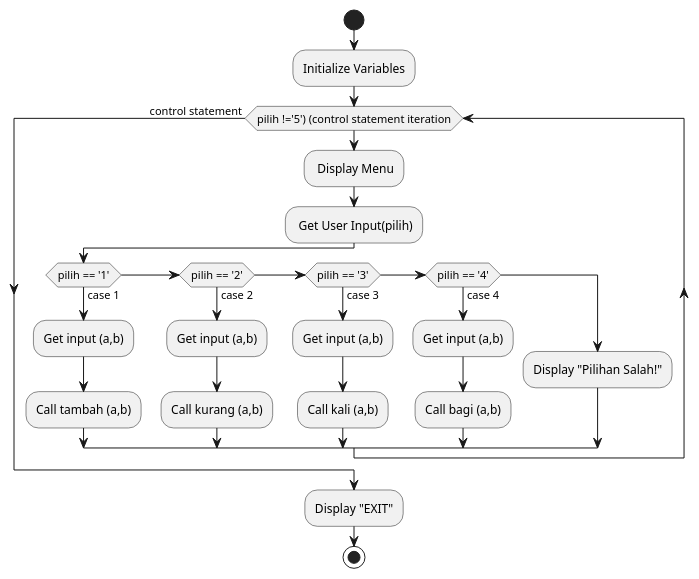
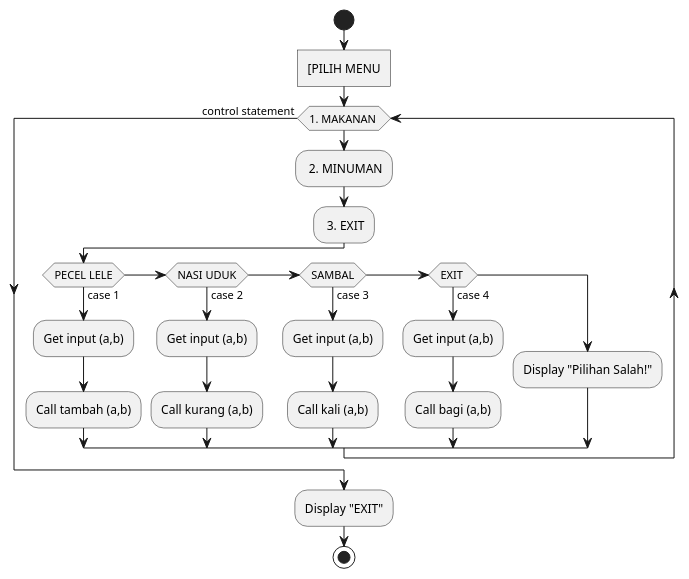
Before and after one commit to andinilarasati/bhs_pemrograman: the diagram in pert5/pert5.puml, drawn with PlantUML. The commit also changed 7 other files, not shown here.

```diff
--- a/pert5/pert5.puml
+++ b/pert5/pert5.puml
@@ -1,26 +1,26 @@
 @startuml pert5
 start
-:Initialize Variables;
-while (pilih !='5') (control statement iteration)
-    : Display Menu;
-    : Get User Input(pilih);
-    if (pilih == '1') then (case 1)
+:[PILIH MENU]
+while (1. MAKANAN )
+    : 2. MINUMAN;
+    : 3. EXIT;
+    if (PECEL LELE) then (case 1)
         :Get input (a,b);
         :Call tambah (a,b);
-    else if (pilih == '2') then (case 2)
+    else if (NASI UDUK) then (case 2)
         :Get input (a,b);
         :Call kurang (a,b);
-    else if (pilih == '3') then (case 3)
+    else if (SAMBAL) then (case 3)
         :Get input (a,b);
         :Call kali (a,b);
-    else if (pilih == '4') then (case 4)
+    else if (EXIT ) then (case 4)
         :Get input (a,b);
         :Call bagi (a,b);
     else 
         :Display "Pilihan Salah!";
     endif
 endwhile ( control statement )
 :Display "EXIT";
 stop
 
 @enduml
```
